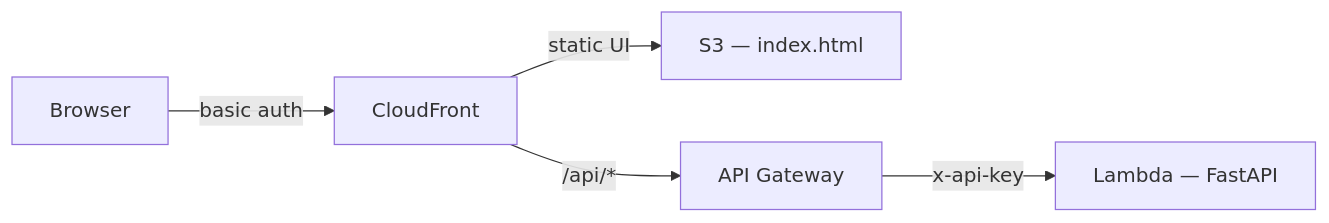
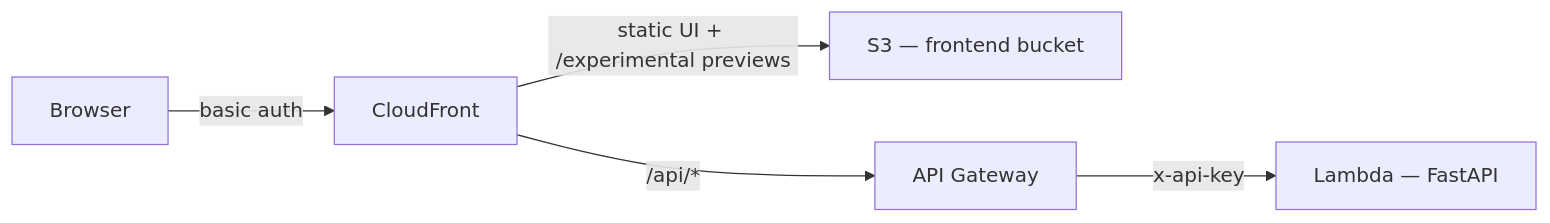
One commit to ejaimez14/llms-txt changed the first of 3 diagrams in README.md. Above: the diagram before and after it, drawn with Mermaid. The commit also changed other lines of this file, not shown here.

Commit message:
Refine README diagrams: show recrawl loop, split Titan embeddings, label frontend bucket; fix env table + endpoint query params

````diff
--- a/README.md
+++ b/README.md
@@ -11,7 +11,7 @@
 ```mermaid
 flowchart LR
   Browser -->|"basic auth"| CloudFront
-  CloudFront -->|"static UI"| S3UI["S3 — index.html"]
+  CloudFront -->|"static UI + /experimental previews"| S3UI["S3 — frontend bucket"]
   CloudFront -->|"/api/*"| APIGateway["API Gateway"]
   APIGateway -->|"x-api-key"| Lambda["Lambda — FastAPI"]
 ```
````
